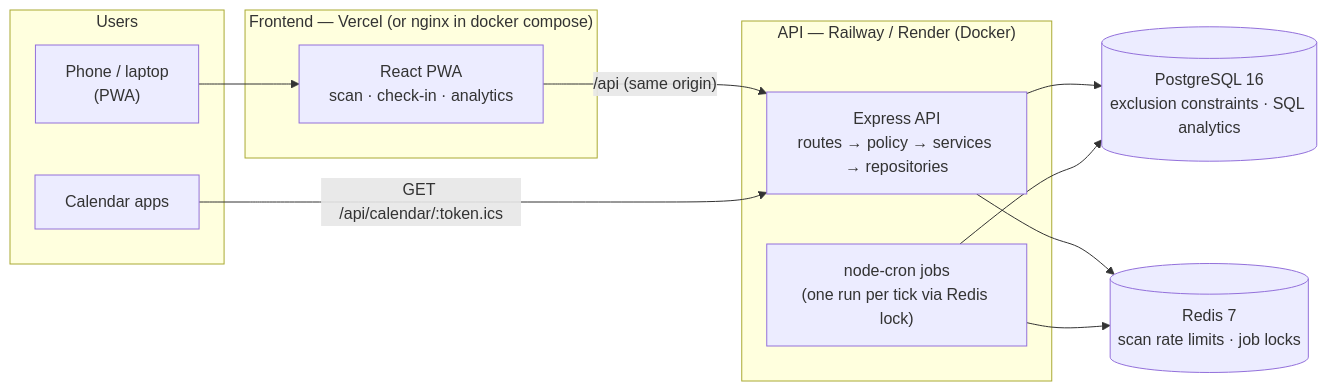
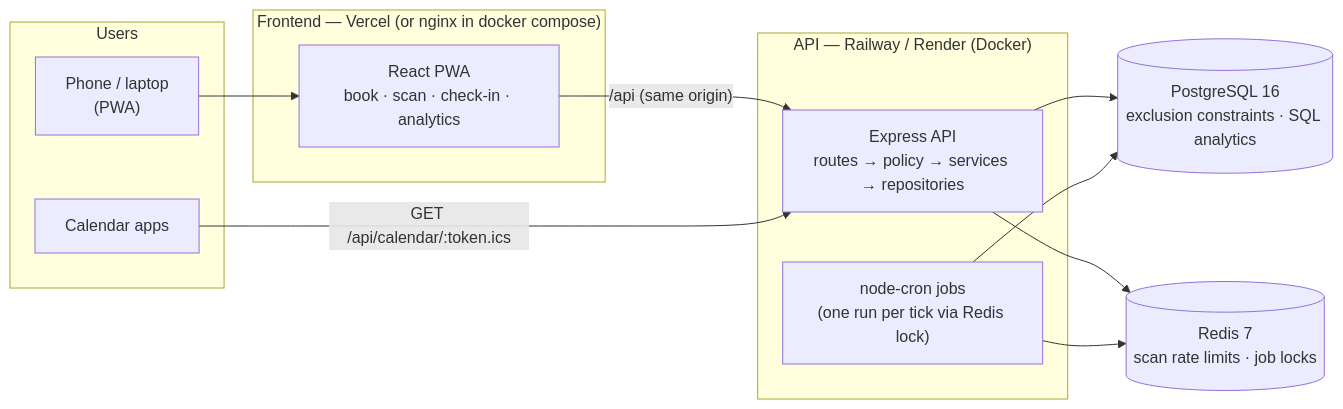
One commit to vinithgomez/LabDesk changed the diagram in README.md. Above: the diagram before and after it, drawn with Mermaid. The commit also changed other lines of this file and 2 other files, not shown here.

````diff
--- a/README.md
+++ b/README.md
@@ -27,24 +29,24 @@
 ```mermaid
 flowchart LR
   subgraph Users
     phone["Phone / laptop<br/>(PWA)"]
     cal["Calendar apps"]
   end
   subgraph Frontend["Frontend — Vercel (or nginx in docker compose)"]
-    pwa["React PWA<br/>scan · check-in · analytics"]
+    pwa["React PWA<br/>book · scan · check-in · analytics"]
   end
   subgraph Backend["API — Railway / Render (Docker)"]
     api["Express API<br/>routes → policy → services → repositories"]
     jobs["node-cron jobs<br/>(one run per tick via Redis lock)"]
   end
   pg[("PostgreSQL 16<br/>exclusion constraints · SQL analytics")]
   redis[("Redis 7<br/>scan rate limits · job locks")]
 
   phone --> pwa
   pwa -- "/api (same origin)" --> api
   cal -- "GET /api/calendar/:token.ics" --> api
   api --> pg
   api --> redis
   jobs --> pg
   jobs --> redis
 ```
````
